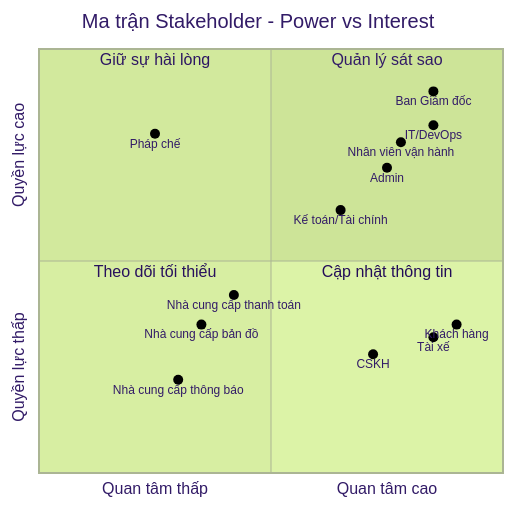
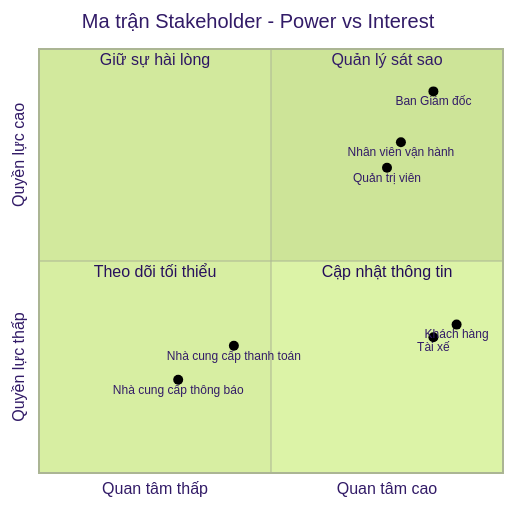
One commit to npmaitrinh09-wq/23651511_NguyenPhamMaiTrinh_cabsystem changed the first of 2 diagrams in README.md. Above: the diagram before and after it, drawn with Mermaid (forest theme). The commit also changed other lines of this file, not shown here.

````diff
--- a/README.md
+++ b/README.md
@@ -31,27 +27,21 @@
 ```mermaid
 quadrantChart
     title Ma trận Stakeholder - Power vs Interest
     x-axis "Quan tâm thấp" --> "Quan tâm cao"
     y-axis "Quyền lực thấp" --> "Quyền lực cao"
 
     quadrant-1 "Quản lý sát sao"
     quadrant-2 "Giữ sự hài lòng"
     quadrant-3 "Theo dõi tối thiểu"
     quadrant-4 "Cập nhật thông tin"
 
     "Ban Giám đốc": [0.85, 0.90]
-    "IT/DevOps": [0.85, 0.82]
     "Nhân viên vận hành": [0.78, 0.78]
-    "Admin": [0.75, 0.72]
-
-    "Pháp chế": [0.25, 0.80]
-    "Kế toán/Tài chính": [0.65, 0.62]
+    "Quản trị viên": [0.75, 0.72]
 
     "Khách hàng": [0.90, 0.35]
     "Tài xế": [0.85, 0.32]
-    "CSKH": [0.72, 0.28]
 
-    "Nhà cung cấp thanh toán": [0.42, 0.42]
-    "Nhà cung cấp bản đồ": [0.35, 0.35]
+    "Nhà cung cấp thanh toán": [0.42, 0.30]
     "Nhà cung cấp thông báo": [0.30, 0.22]
 ```
````
